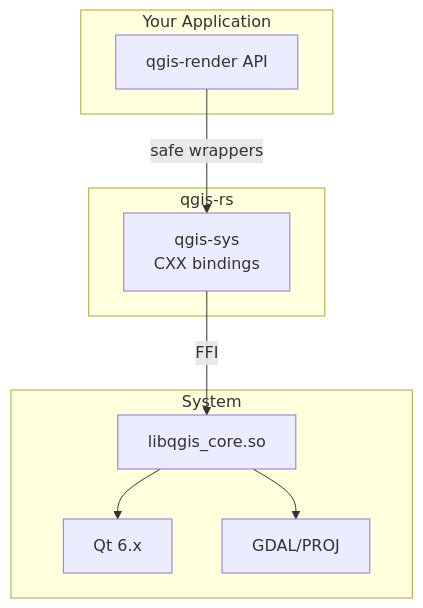
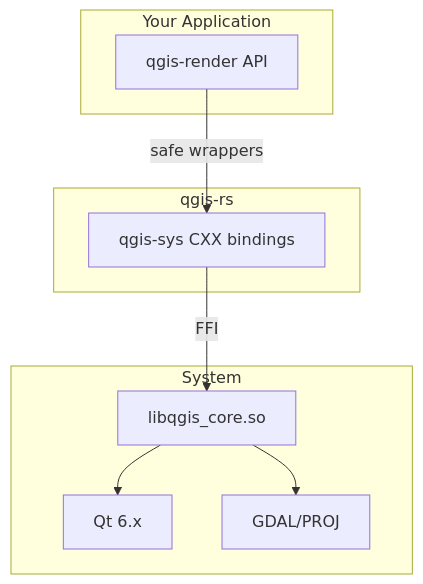
The diagram in README.md (Archont561/qgis-rs), drawn with Mermaid before and after one commit. The commit also changed other lines of this file and 20 other files, not shown here.

````diff
--- a/README.md
+++ b/README.md
@@ -270,21 +243,21 @@
 ```mermaid
 graph TB
     subgraph "Your Application"
         A[qgis-render API]
     end
     
     subgraph "qgis-rs"
-        B[qgis-sys<br/>CXX bindings]
+        B[qgis-sys CXX bindings]
     end
     
     subgraph "System"
         C[libqgis_core.so]
         D[Qt 6.x]
         E[GDAL/PROJ]
     end
     
     A -->|safe wrappers| B
     B -->|FFI| C
     C --> D
     C --> E
 ```
````
